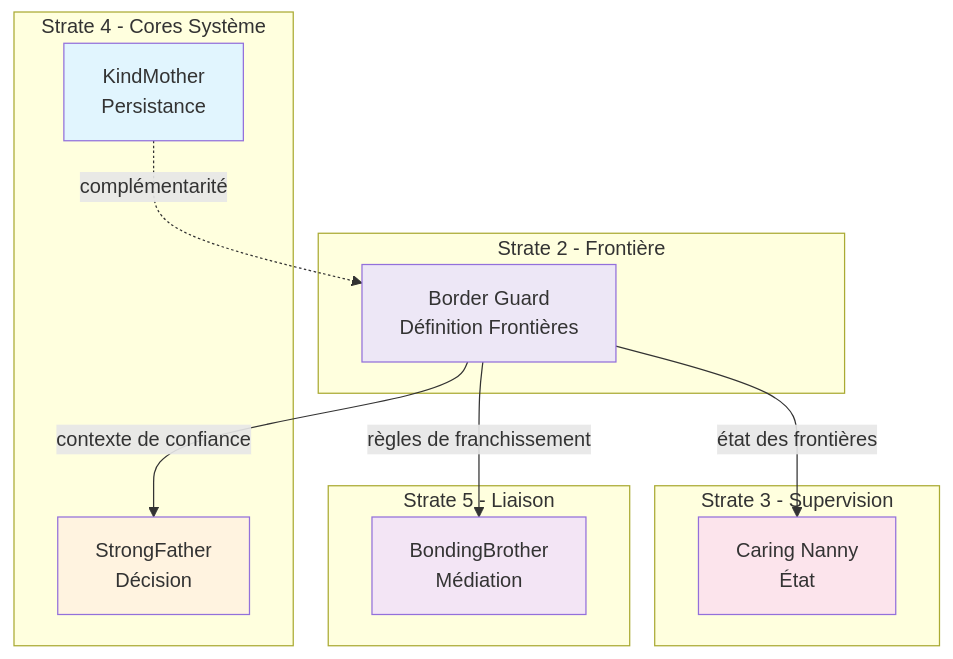
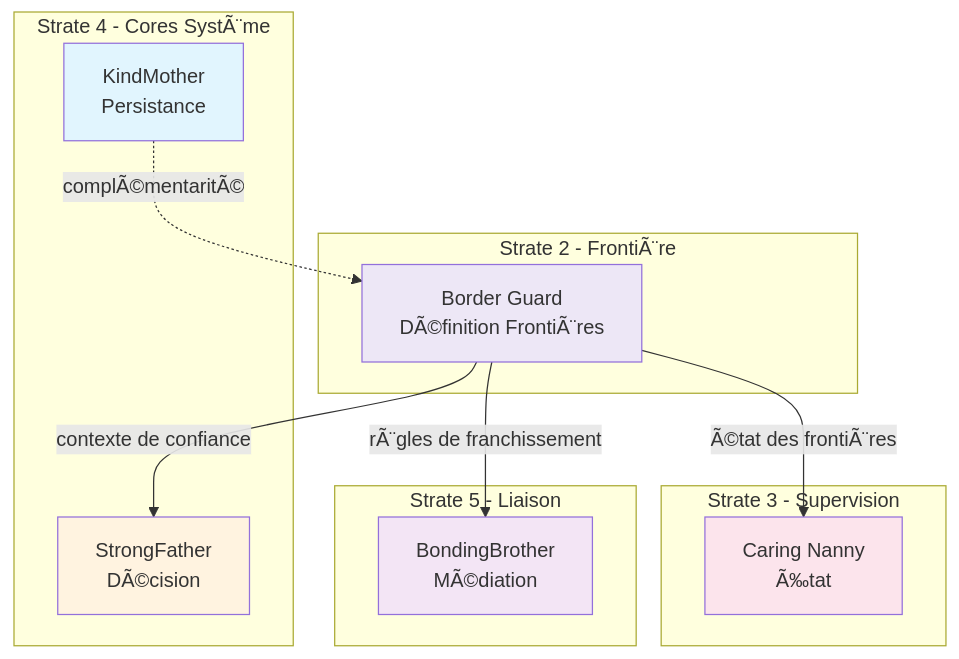
The diagram in docs/cores/BorderGuard/_index.md (StudioMiyukini/miyukini_cog), drawn with Mermaid before and after one commit. The commit also changed other lines of this file and 1287 other files, not shown here.

````diff
--- a/docs/cores/BorderGuard/_index.md
+++ b/docs/cores/BorderGuard/_index.md
@@ -173,36 +173,36 @@
 ```mermaid
 graph TB
-    subgraph Strate4[Strate 4 - Cores Système]
-        SF[StrongFather<br/>Décision]
+    subgraph Strate4[Strate 4 - Cores SystÃ¨me]
+        SF[StrongFather<br/>DÃ©cision]
         KM[KindMother<br/>Persistance]
     end
 
     subgraph Strate3[Strate 3 - Supervision]
-        CN[Caring Nanny<br/>État]
+        CN[Caring Nanny<br/>Ã‰tat]
     end
 
-    subgraph Strate2[Strate 2 - Frontière]
-        BG[Border Guard<br/>Définition Frontières]
+    subgraph Strate2[Strate 2 - FrontiÃ¨re]
+        BG[Border Guard<br/>DÃ©finition FrontiÃ¨res]
     end
 
     subgraph Strate5[Strate 5 - Liaison]
-        BB[BondingBrother<br/>Médiation]
+        BB[BondingBrother<br/>MÃ©diation]
     end
 
     BG -->|"contexte de confiance"| SF
-    BG -->|"règles de franchissement"| BB
-    BG -->|"état des frontières"| CN
-    KM -.->|"complémentarité"| BG
+    BG -->|"rÃ¨gles de franchissement"| BB
+    BG -->|"Ã©tat des frontiÃ¨res"| CN
+    KM -.->|"complÃ©mentaritÃ©"| BG
 
     classDef coreFrontier fill:#ede7f6
     classDef coreData fill:#e1f5fe
     classDef coreDecision fill:#fff3e0
     classDef liaison fill:#f3e5f5
     classDef supervision fill:#fce4ec
 
     class BG coreFrontier
     class KM coreData
     class SF coreDecision
     class BB liaison
     class CN supervision
 ```
````
